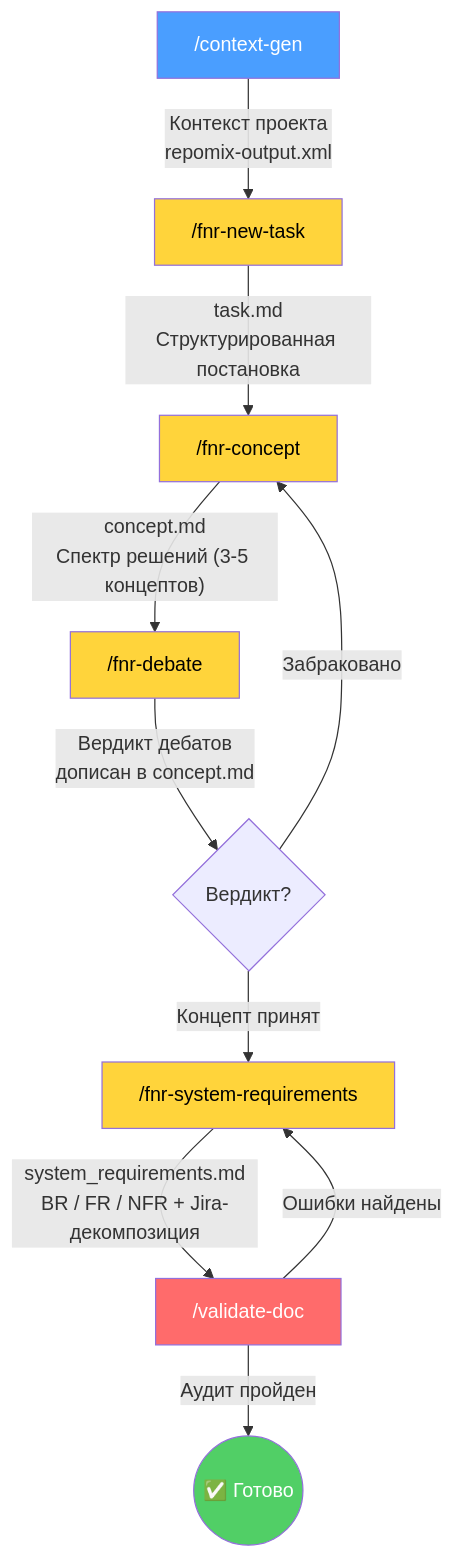
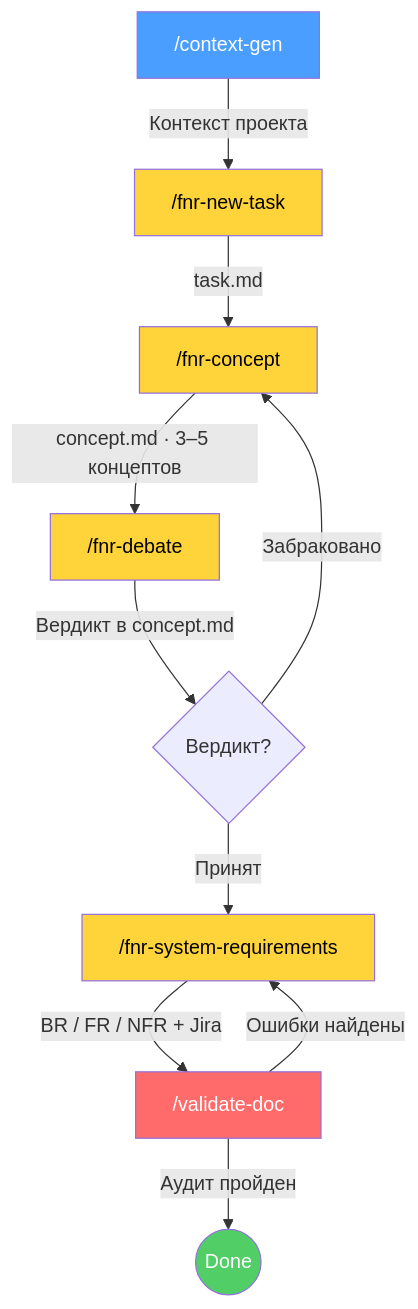
The second of 2 diagrams in README.md (boboden541/sa-helper), drawn with Mermaid before and after one commit. The commit also changed other lines of this file and 56 other files, not shown here.

````diff
--- a/README.md
+++ b/README.md
@@ -122,22 +175,22 @@
 ```mermaid
 flowchart TD
-    A["/context-gen"] -->|"Контекст проекта<br>repomix-output.xml"| B["/fnr-new-task"]
-    B -->|"task.md<br>Структурированная постановка"| C["/fnr-concept"]
-    C -->|"concept.md<br>Спектр решений (3-5 концептов)"| D["/fnr-debate"]
-    D -->|"Вердикт дебатов<br>дописан в concept.md"| E{Вердикт?}
+    A["/context-gen"] -->|"Контекст проекта"| B["/fnr-new-task"]
+    B -->|"task.md"| C["/fnr-concept"]
+    C -->|"concept.md · 3–5 концептов"| D["/fnr-debate"]
+    D -->|"Вердикт в concept.md"| E{Вердикт?}
 
-    E -->|"Концепт принят"| F["/fnr-system-requirements"]
+    E -->|"Принят"| F["/fnr-system-requirements"]
     E -->|"Забраковано"| C
 
-    F -->|"system_requirements.md<br>BR / FR / NFR + Jira-декомпозиция"| G["/validate-doc"]
-    G -->|"Аудит пройден"| H(("✅ Готово"))
+    F -->|"BR / FR / NFR + Jira"| G["/validate-doc"]
+    G -->|"Аудит пройден"| H(("Done"))
     G -->|"Ошибки найдены"| F
 
     style A fill:#4a9eff,color:#fff
     style B fill:#ffd43b,color:#000
     style C fill:#ffd43b,color:#000
     style D fill:#ffd43b,color:#000
     style F fill:#ffd43b,color:#000
     style G fill:#ff6b6b,color:#fff
     style H fill:#51cf66,color:#fff
 ```
````
